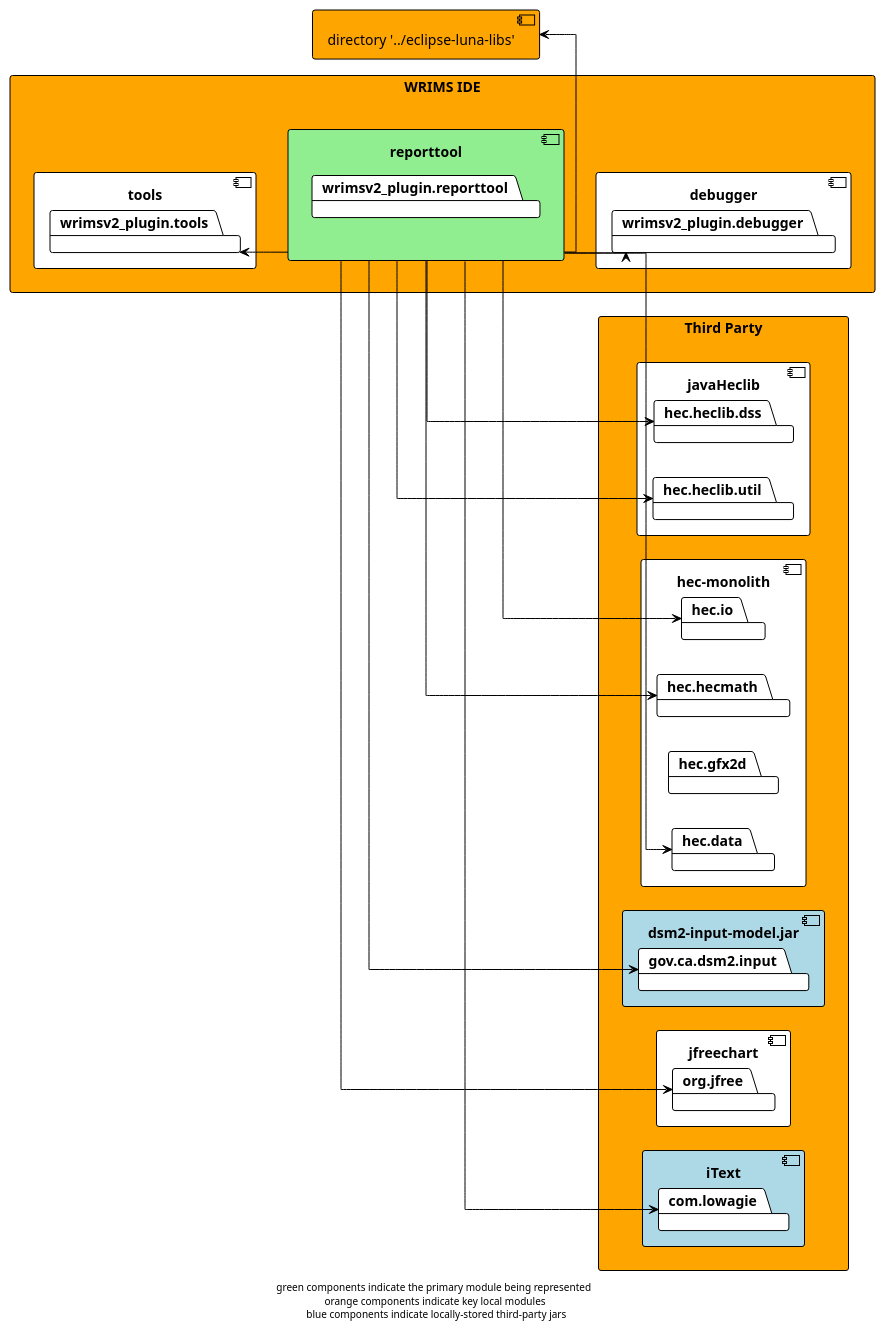
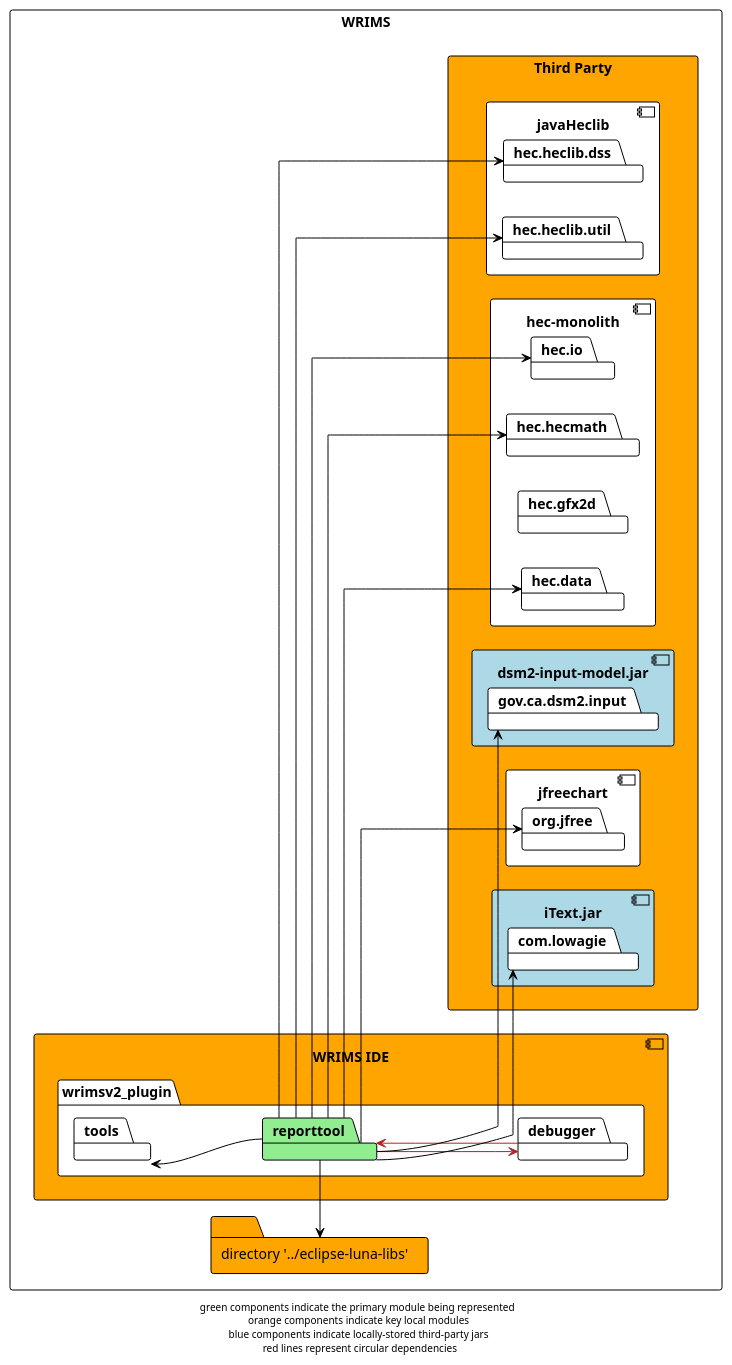
One commit to CentralValleyModeling/wrims-gui changed the diagram in docs/diagrams/wrims-ide/wrims-ide_reporttool.plantuml. Above: the diagram before and after it, drawn with PlantUML. The commit also changed 25 other files, not shown here.

Commit message:
Updated diagrams created for WRIMS 2.2 dependency analysis

```diff
--- a/docs/diagrams/wrims-ide/wrims-ide_reporttool.plantuml
+++ b/docs/diagrams/wrims-ide/wrims-ide_reporttool.plantuml
@@ -1,56 +1,56 @@
 @startuml
 
 !theme plain
 left to right direction
 skinparam linetype ortho
 
-rectangle wrims-ide as "WRIMS IDE" #orange {
-    component reporttool #lightgreen {
-        package wrimsv2_plugin.reporttool
+rectangle WRIMS {
+    component wrims-ide as "WRIMS IDE" #orange {
+        package wrimsv2_plugin {
+            package reporttool #lightgreen
+            package tools
+            package debugger
+        }
     }
-    component tools {
-        package wrimsv2_plugin.tools
+
+    rectangle third-party as "Third Party" #orange {
+        component javaHeclib {
+            package hec.heclib.dss
+            package hec.heclib.util
+        }
+        component hec.monolith as "hec-monolith" {
+            package hec.io
+            package hec.hecmath
+            package hec.gfx2d
+            package hec.data
+        }
+        component dsm2 as "dsm2-input-model.jar" #lightblue {
+            package gov.ca.dsm2.input
+        }
+        component jfreechart {
+            package org.jfree
+        }
+        component iText.jar #lightblue {
+            package com.lowagie
+        }
     }
-    component debugger {
-        package wrimsv2_plugin.debugger
-    }
+
+    folder luna_libs as "directory '../eclipse-luna-libs'" #orange
 }
 
-rectangle third-party as "Third Party" #orange {
-    component javaHeclib {
-        package hec.heclib.dss
-        package hec.heclib.util
-    }
-    component hec.monolith as "hec-monolith" {
-        package hec.io
-        package hec.hecmath
-        package hec.gfx2d
-        package hec.data
-    }
-    component dsm2 as "dsm2-input-model.jar" #lightblue {
-        package gov.ca.dsm2.input
-    }
-    component jfreechart {
-        package org.jfree
-    }
-    component iText #lightblue {
-        package com.lowagie
-    }
-}
+reporttool -> luna_libs
+reporttool --> hec.data
+reporttool --> hec.heclib.dss
+reporttool --> hec.heclib.util
+reporttool --> hec.io
+reporttool --> hec.hecmath
+reporttool --> debugger #firebrick
+reporttool -up-> tools
+reporttool --> gov.ca.dsm2.input
+reporttool --> org.jfree
+reporttool --> com.lowagie
 
-component luna_libs as "directory '../eclipse-luna-libs'" #orange
+debugger -> reporttool #firebrick
 
-reporttool -> luna_libs
-reporttool -down-> hec.data
-reporttool -down-> hec.heclib.dss
-reporttool -down-> hec.heclib.util
-reporttool -down-> hec.io
-reporttool --> hec.hecmath
-reporttool -down-> wrimsv2_plugin.debugger
-reporttool -up-> wrimsv2_plugin.tools
-reporttool -down-> gov.ca.dsm2.input
-reporttool -down-> org.jfree
-reporttool -down-> com.lowagie
-
-footer "green components indicate the primary module being represented \n orange components indicate key local modules \n blue components indicate locally-stored third-party jars"
+footer "green components indicate the primary module being represented \n orange components indicate key local modules \n blue components indicate locally-stored third-party jars \n red lines represent circular dependencies"
 @enduml
```
